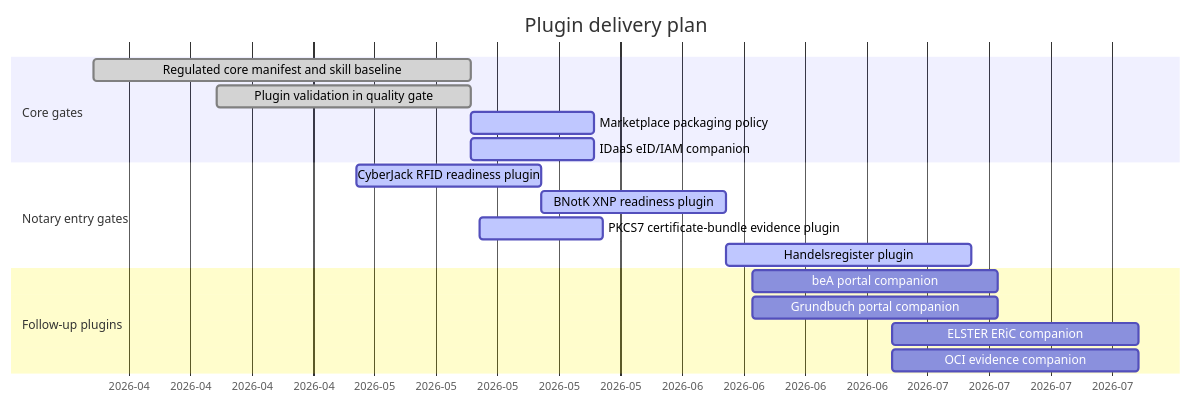
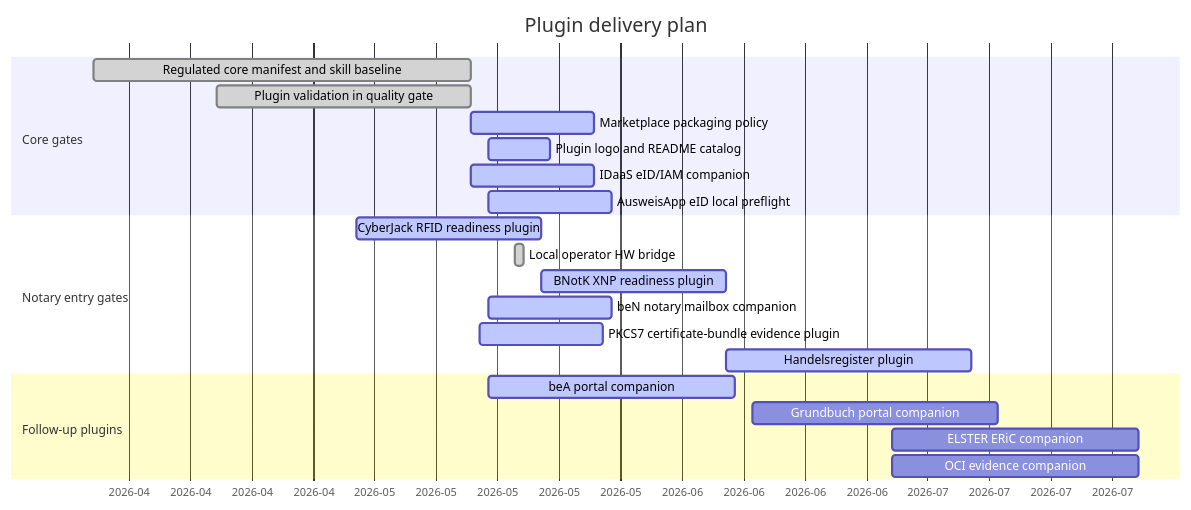
Before and after one commit to ofunk/NaC: the diagram in plugins/GANTT.md, drawn with Mermaid. The commit also changed other lines of this file and 82 other files, not shown here.

Commit message:
Add local operator bridge and plugin readiness updates

````diff
--- a/plugins/GANTT.md
+++ b/plugins/GANTT.md
@@ -5,24 +5,28 @@
 ```mermaid
 gantt
     title Plugin delivery plan
     dateFormat  YYYY-MM-DD
     axisFormat  %Y-%m
 
     section Core gates
     Regulated core manifest and skill baseline :done,   p1, 2026-04-01, 2026-05-14
     Plugin validation in quality gate          :done,   p2, 2026-04-15, 2026-05-14
     Marketplace packaging policy               :active, p3, 2026-05-14, 14d
+    Plugin logo and README catalog             :active, p3a, 2026-05-16, 7d
     IDaaS eID/IAM companion                    :active, p4, 2026-05-14, 14d
+    AusweisApp eID local preflight             :active, p4a, 2026-05-16, 14d
 
     section Notary entry gates
     CyberJack RFID readiness plugin            :active, p5, 2026-05-01, 21d
+    Local operator HW bridge                   :done,   p5a, 2026-05-19, 1d
     BNotK XNP readiness plugin                 :active, p6, after p5, 21d
+    beN notary mailbox companion               :active, p6b, 2026-05-16, 14d
     PKCS7 certificate-bundle evidence plugin   :active, p6a, 2026-05-15, 14d
     Handelsregister plugin                     :active, p7, after p6, 28d
 
     section Follow-up plugins
-    beA portal companion                       :        p8, 2026-06-15, 28d
+    beA portal companion                       :active, p8, 2026-05-16, 28d
     Grundbuch portal companion                 :        p9, 2026-06-15, 28d
     ELSTER ERiC companion                      :        p10, 2026-07-01, 28d
     OCI evidence companion                     :        p11, 2026-07-01, 28d
 ```
````
